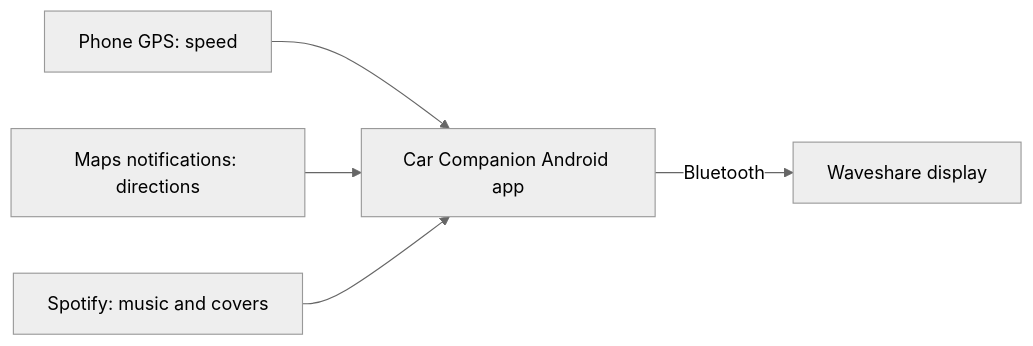
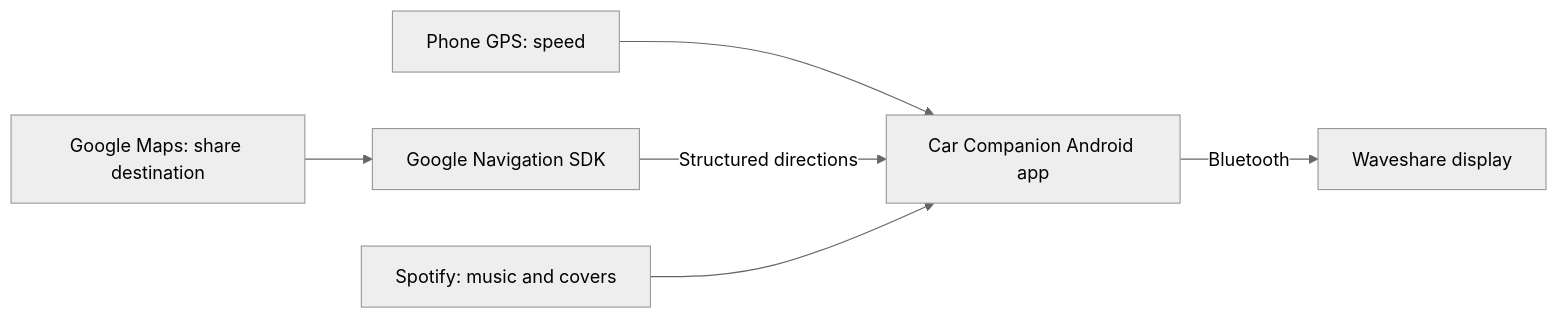
Before and after one commit to nandanp1/carcompanion: the diagram in README.md, drawn with Mermaid (neutral theme). The commit also changed other lines of this file and 24 other files, not shown here.

First line of the commit message:
Replace Maps notification directions with Navigation SDK sharing

````diff
--- a/README.md
+++ b/README.md
@@ -31,7 +35,8 @@
 ```mermaid
 flowchart LR
     GPS[Phone GPS: speed] --> App[Car Companion Android app]
-    Maps[Maps notifications: directions] --> App
+    Maps[Google Maps: share destination] --> SDK[Google Navigation SDK]
+    SDK -->|Structured directions| App
     Spotify[Spotify: music and covers] --> App
     App -->|Bluetooth| Display[Waveshare display]
 ```
````
